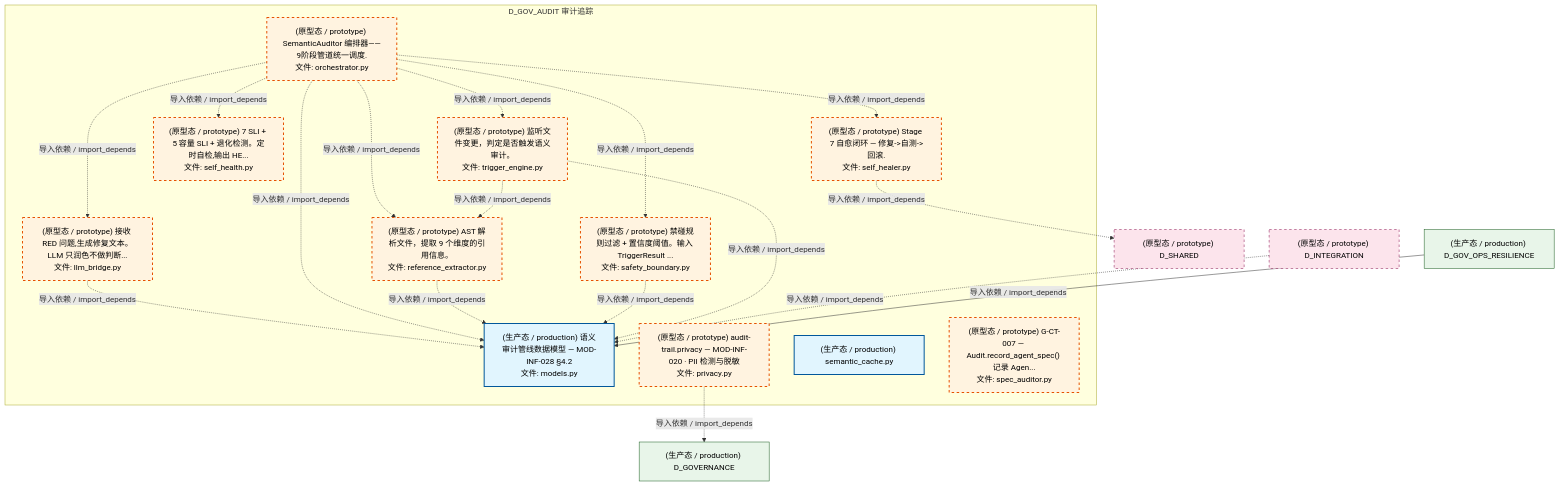
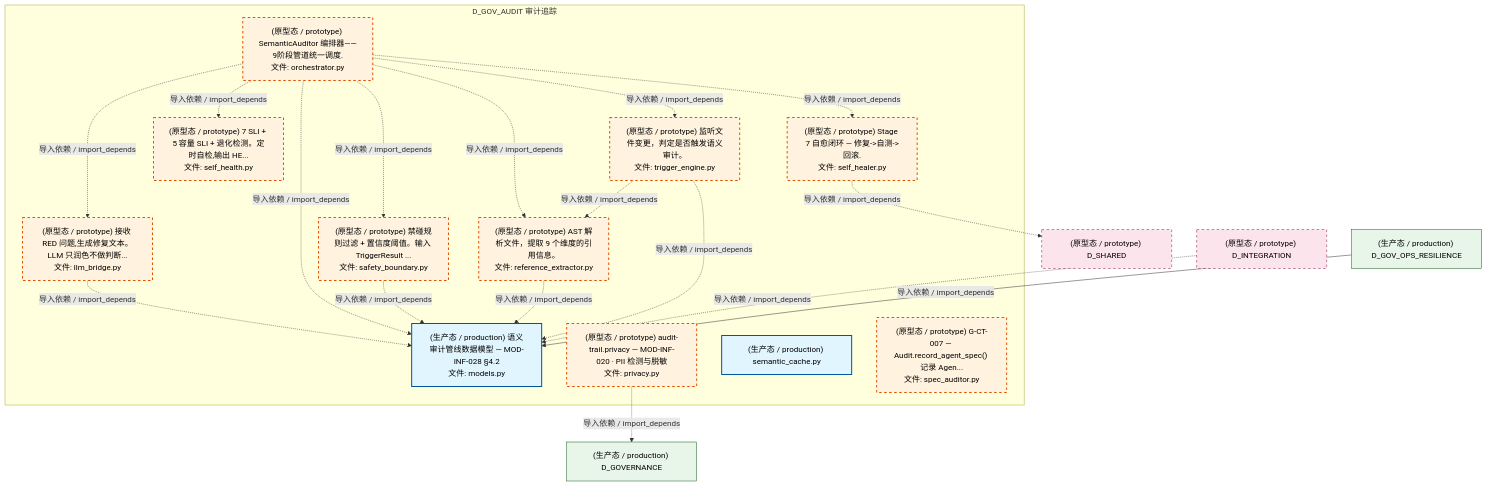
One commit to xuanFelixVan/ZephyrAlpha changed the fourth of 8 diagrams in docs/02_enterprise_architecture/02_domain_architecture_docs/39_d_gov_audit.md. Above: the diagram before and after it, drawn with Mermaid. The commit also changed other lines of this file and 86 other files, not shown here.

````diff
--- a/docs/02_enterprise_architecture/02_domain_architecture_docs/39_d_gov_audit.md
+++ b/docs/02_enterprise_architecture/02_domain_architecture_docs/39_d_gov_audit.md
@@ -451,44 +453,44 @@
 ```mermaid
 graph TD
     subgraph D_GOV_AUDIT["D_GOV_AUDIT 审计追踪"]
         src_zephyr_governance_semantic_audit_llm_bridge_py["(原型态 / prototype) 接收 RED 问题,生成修复文本。LLM 只润色不做判断...<br/>文件: llm_bridge.py"]
         src_zephyr_governance_semantic_audit_models_py["(生产态 / production) 语义审计管线数据模型 — MOD-INF-028 §4.2<br/>文件: models.py"]
         src_zephyr_governance_semantic_audit_orchestrator_py["(原型态 / prototype) SemanticAuditor 编排器——9阶段管道统一调度.<br/>文件: orchestrator.py"]
         src_zephyr_governance_semantic_audit_privacy_py["(原型态 / prototype) audit-trail.privacy — MOD-INF-020 · PII 检测与脱敏<br/>文件: privacy.py"]
         src_zephyr_governance_semantic_audit_reference_extractor_py["(原型态 / prototype) AST 解析文件，提取 9 个维度的引用信息。<br/>文件: reference_extractor.py"]
         src_zephyr_governance_semantic_audit_safety_boundary_py["(原型态 / prototype) 禁碰规则过滤 + 置信度阈值。输入 TriggerResult ...<br/>文件: safety_boundary.py"]
         src_zephyr_governance_semantic_audit_self_healer_py["(原型态 / prototype) Stage 7 自愈闭环 — 修复->自测->回滚.<br/>文件: self_healer.py"]
         src_zephyr_governance_semantic_audit_self_health_py["(原型态 / prototype) 7 SLI + 5 容量 SLI + 退化检测。定时自检,输出 HE...<br/>文件: self_health.py"]
         src_zephyr_governance_semantic_audit_semantic_cache_py["(生产态 / production) semantic_cache.py"]
         src_zephyr_governance_semantic_audit_spec_auditor_py["(原型态 / prototype) G-CT-007 — Audit.record_agent_spec() 记录 Agen...<br/>文件: spec_auditor.py"]
         src_zephyr_governance_semantic_audit_trigger_engine_py["(原型态 / prototype) 监听文件变更，判定是否触发语义审计。<br/>文件: trigger_engine.py"]
     end
     src_zephyr_governance_semantic_audit_llm_bridge_py -.->|导入依赖 / import_depends| src_zephyr_governance_semantic_audit_models_py
     src_zephyr_governance_semantic_audit_orchestrator_py -.->|导入依赖 / import_depends| src_zephyr_governance_semantic_audit_llm_bridge_py
     src_zephyr_governance_semantic_audit_orchestrator_py -.->|导入依赖 / import_depends| src_zephyr_governance_semantic_audit_models_py
-    src_zephyr_governance_semantic_audit_orchestrator_py -.->|导入依赖 / import_depends| src_zephyr_governance_semantic_audit_self_health_py
+    src_zephyr_governance_semantic_audit_orchestrator_py -.->|导入依赖 / import_depends| src_zephyr_governance_semantic_audit_safety_boundary_py
     src_zephyr_governance_semantic_audit_orchestrator_py -.->|导入依赖 / import_depends| src_zephyr_governance_semantic_audit_reference_extractor_py
-    src_zephyr_governance_semantic_audit_orchestrator_py -.->|导入依赖 / import_depends| src_zephyr_governance_semantic_audit_safety_boundary_py
     src_zephyr_governance_semantic_audit_orchestrator_py -.->|导入依赖 / import_depends| src_zephyr_governance_semantic_audit_self_healer_py
     src_zephyr_governance_semantic_audit_orchestrator_py -.->|导入依赖 / import_depends| src_zephyr_governance_semantic_audit_trigger_engine_py
+    src_zephyr_governance_semantic_audit_orchestrator_py -.->|导入依赖 / import_depends| src_zephyr_governance_semantic_audit_self_health_py
+    src_zephyr_governance_semantic_audit_safety_boundary_py -.->|导入依赖 / import_depends| src_zephyr_governance_semantic_audit_models_py
     src_zephyr_governance_semantic_audit_reference_extractor_py -.->|导入依赖 / import_depends| src_zephyr_governance_semantic_audit_models_py
-    src_zephyr_governance_semantic_audit_safety_boundary_py -.->|导入依赖 / import_depends| src_zephyr_governance_semantic_audit_models_py
     src_zephyr_governance_semantic_audit_trigger_engine_py -.->|导入依赖 / import_depends| src_zephyr_governance_semantic_audit_models_py
     src_zephyr_governance_semantic_audit_trigger_engine_py -.->|导入依赖 / import_depends| src_zephyr_governance_semantic_audit_reference_extractor_py
     D_GOVERNANCE["(生产态 / production) D_GOVERNANCE"]
     src_zephyr_governance_semantic_audit_privacy_py -.->|导入依赖 / import_depends| D_GOVERNANCE
     D_SHARED["(原型态 / prototype) D_SHARED"]
     src_zephyr_governance_semantic_audit_self_healer_py -.->|导入依赖 / import_depends| D_SHARED
     D_INTEGRATION["(原型态 / prototype) D_INTEGRATION"]
     D_INTEGRATION -.->|导入依赖 / import_depends| src_zephyr_governance_semantic_audit_models_py
     D_GOV_OPS_RESILIENCE["(生产态 / production) D_GOV_OPS_RESILIENCE"]
     D_GOV_OPS_RESILIENCE -->|导入依赖 / import_depends| src_zephyr_governance_semantic_audit_models_py
     classDef production fill:#e1f5fe,stroke:#01579b,stroke-width:2px,color:#000
     classDef design fill:#fff3e0,stroke:#e65100,stroke-width:2px,color:#000,stroke-dasharray: 5 5
     classDef external_prod fill:#e8f5e9,stroke:#1b5e20,stroke-width:1px,color:#000
     classDef external_design fill:#fce4ec,stroke:#880e4f,stroke-width:1px,color:#000,stroke-dasharray: 5 5
     class src_zephyr_governance_semantic_audit_models_py,src_zephyr_governance_semantic_audit_semantic_cache_py production
     class src_zephyr_governance_semantic_audit_llm_bridge_py,src_zephyr_governance_semantic_audit_orchestrator_py,src_zephyr_governance_semantic_audit_privacy_py,src_zephyr_governance_semantic_audit_reference_extractor_py,src_zephyr_governance_semantic_audit_safety_boundary_py,src_zephyr_governance_semantic_audit_self_healer_py,src_zephyr_governance_semantic_audit_self_health_py,src_zephyr_governance_semantic_audit_spec_auditor_py,src_zephyr_governance_semantic_audit_trigger_engine_py design
     class D_GOVERNANCE,D_GOV_OPS_RESILIENCE external_prod
     class D_SHARED,D_INTEGRATION external_design
 ```
````
